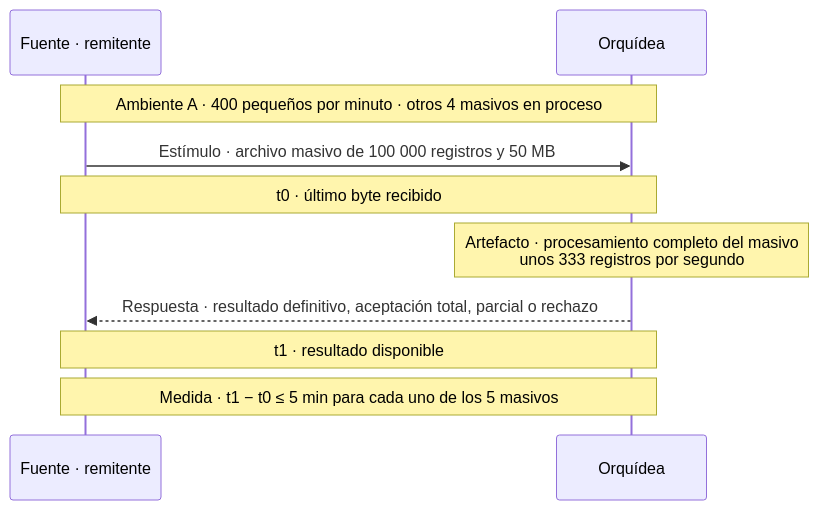
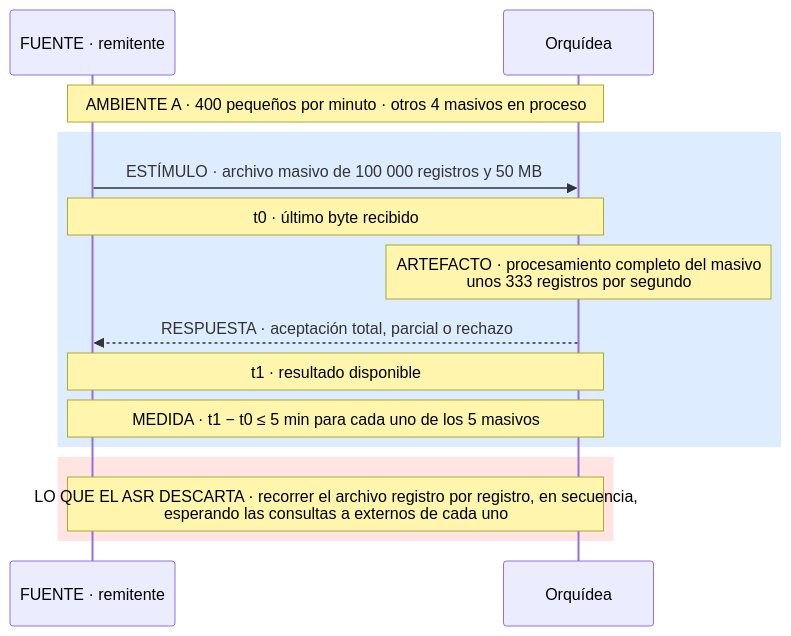
One commit to MATI-MBIT/arqsoft-reto-4 changed diagram 12 of 17 in docs/quality-attributes.md. Above: the diagram before and after it, drawn with Mermaid. The commit also changed other lines of this file, not shown here.

Commit message:
Rediseña los diagramas de los ASR: banda de lo medido y banda de lo que el ASR descarta

````diff
--- a/docs/quality-attributes.md
+++ b/docs/quality-attributes.md
@@ -482,12 +545,17 @@
 ```mermaid
 sequenceDiagram
-    participant R as Fuente · remitente
+    participant R as FUENTE · remitente
     participant O as Orquídea
-    Note over R,O: Ambiente A · 400 pequeños por minuto · otros 4 masivos en proceso
-    R->>O: Estímulo · archivo masivo de 100 000 registros y 50 MB
+    Note over R,O: AMBIENTE A · 400 pequeños por minuto · otros 4 masivos en proceso
+    rect rgb(222, 236, 255)
+    R->>O: ESTÍMULO · archivo masivo de 100 000 registros y 50 MB
     Note over R,O: t0 · último byte recibido
-    Note over O: Artefacto · procesamiento completo del masivo<br/>unos 333 registros por segundo
-    O-->>R: Respuesta · resultado definitivo, aceptación total, parcial o rechazo
+    Note over O: ARTEFACTO · procesamiento completo del masivo<br/>unos 333 registros por segundo
+    O-->>R: RESPUESTA · aceptación total, parcial o rechazo
     Note over R,O: t1 · resultado disponible
-    Note over R,O: Medida · t1 − t0 ≤ 5 min para cada uno de los 5 masivos
+    Note over R,O: MEDIDA · t1 − t0 ≤ 5 min para cada uno de los 5 masivos
+    end
+    rect rgb(255, 228, 225)
+    Note over R,O: LO QUE EL ASR DESCARTA · recorrer el archivo registro por registro, en secuencia,<br/>esperando las consultas a externos de cada uno
+    end
 ```
````
